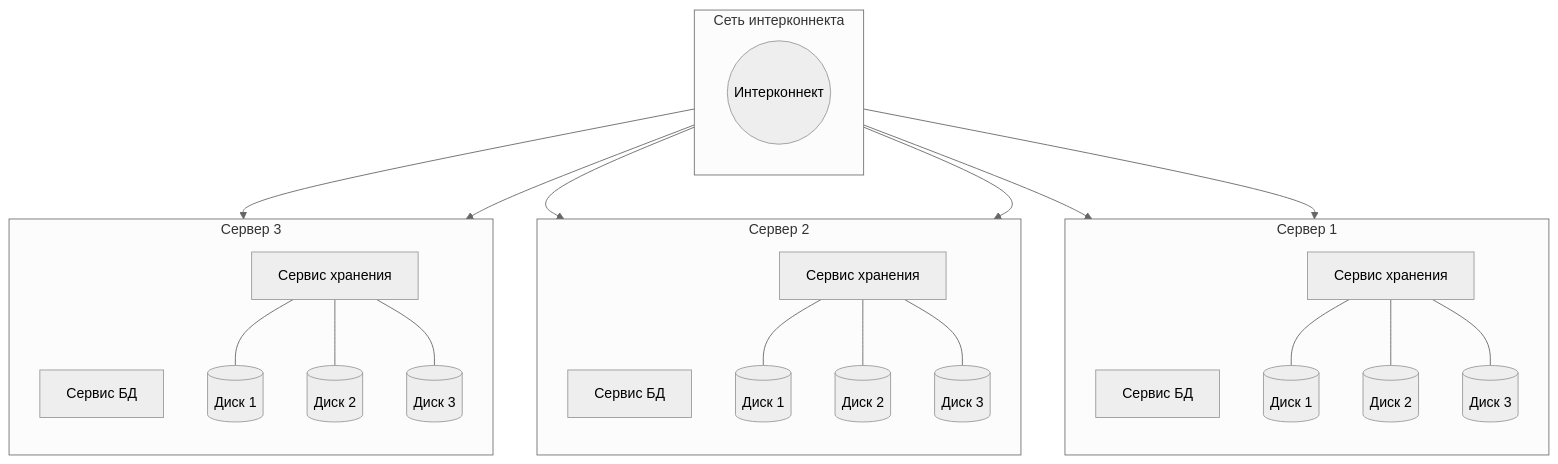
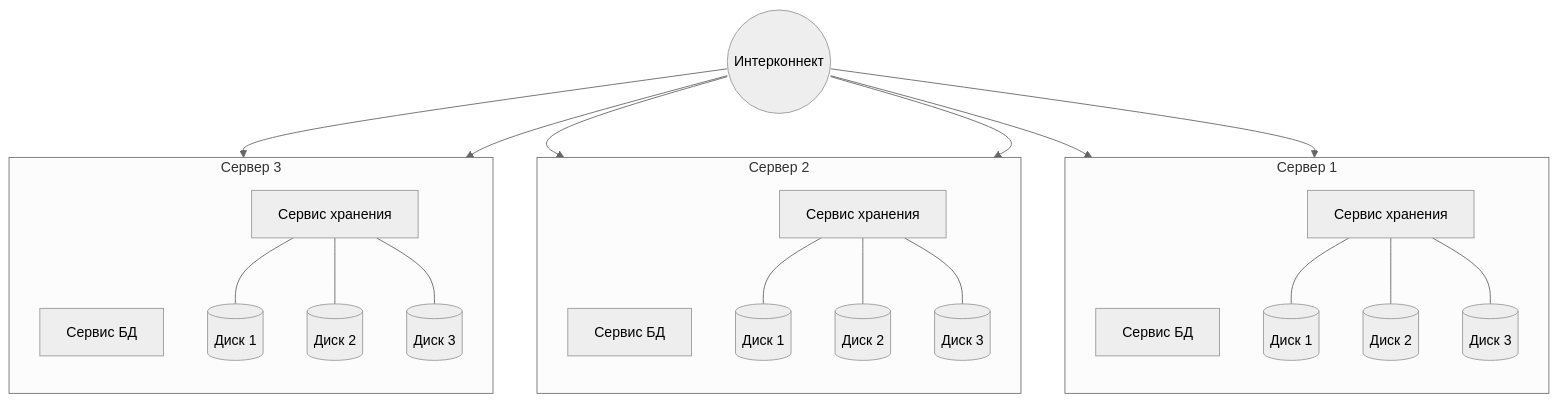
The first of 4 diagrams in diagrams/db-diags.md (zinal/ydb-snippets), drawn with Mermaid (neutral theme) before and after one commit.

````diff
--- a/diagrams/db-diags.md
+++ b/diagrams/db-diags.md
@@ -1,53 +1,49 @@
 ```mermaid
 flowchart TB
-  %% Интерконнект сверху
-  subgraph NET[Сеть интерконнекта]
-    direction LR
-    IC((Интерконнект))
-  end
+  IC((Интерконнект))
 
   %% Сервера внизу слева направо (без общего блока)
   subgraph S1[Сервер 1]
     direction TB
     S1DB[Сервис БД]
     S1ST[Сервис хранения]
     S1D1[(Диск 1)]
     S1D2[(Диск 2)]
     S1D3[(Диск 3)]
     S1ST --- S1D1
     S1ST --- S1D2
     S1ST --- S1D3
   end
 
   subgraph S2[Сервер 2]
     direction TB
     S2DB[Сервис БД]
     S2ST[Сервис хранения]
     S2D1[(Диск 1)]
     S2D2[(Диск 2)]
     S2D3[(Диск 3)]
     S2ST --- S2D1
     S2ST --- S2D2
     S2ST --- S2D3
   end
 
   subgraph S3[Сервер 3]
     direction TB
     S3DB[Сервис БД]
     S3ST[Сервис хранения]
     S3D1[(Диск 1)]
     S3D2[(Диск 2)]
     S3D3[(Диск 3)]
     S3ST --- S3D1
     S3ST --- S3D2
     S3ST --- S3D3
   end
 
   %% Подключение всех сервисов к интерконнекту (сверху вниз)
   IC --> S1DB
   IC --> S1ST
   IC --> S2DB
   IC --> S2ST
   IC --> S3DB
   IC --> S3ST
 ```
````
